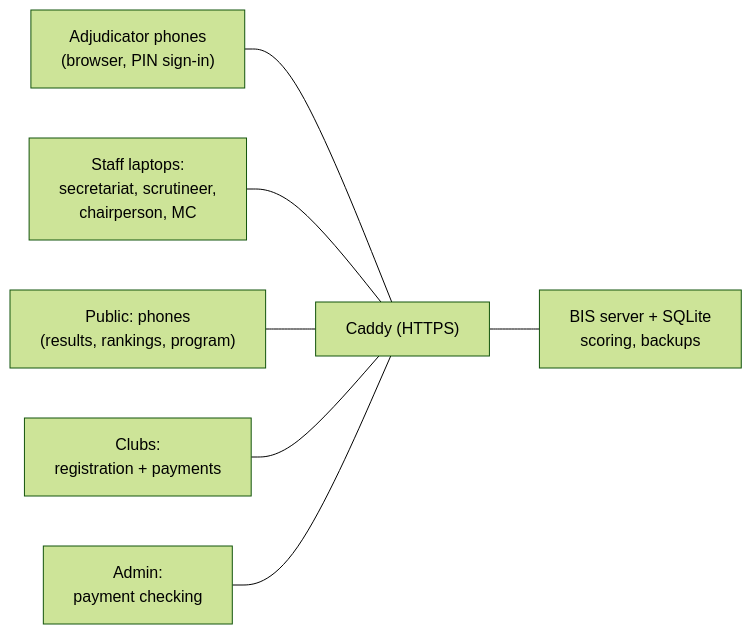
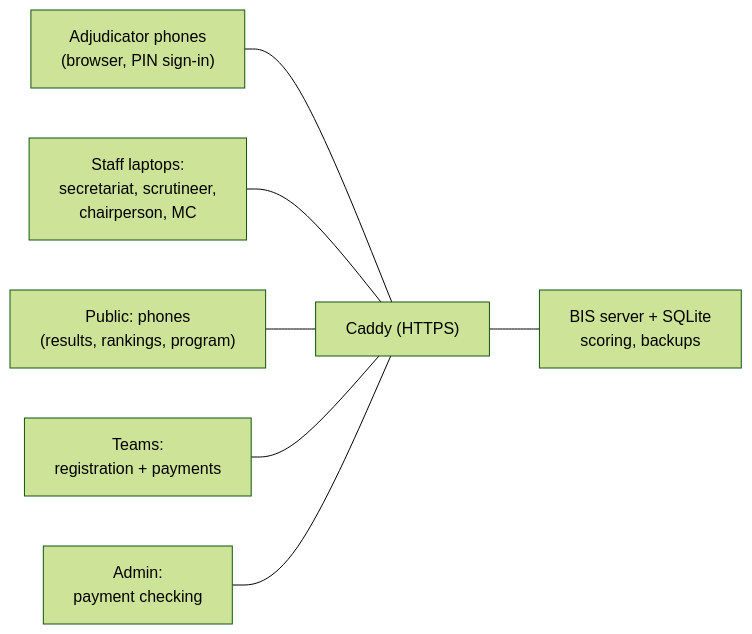
Before and after one commit to tuf-fi/Scrutineering-Dancesport-System: the first of 2 diagrams in BUILD_README.md, drawn with Mermaid (forest theme). The commit also changed other lines of this file and 105 other files, not shown here.

Commit message:
Rename clubs to teams across the app, docs and database

````diff
--- a/BUILD_README.md
+++ b/BUILD_README.md
@@ -30,16 +30,16 @@
 ```mermaid
 flowchart LR
   P["Adjudicator phones<br/>(browser, PIN sign-in)"]
   L["Staff laptops:<br/>secretariat, scrutineer,<br/>chairperson, MC"]
   S["Public: phones<br/>(results, rankings, program)"]
-  G["Clubs:<br/>registration + payments"]
+  G["Teams:<br/>registration + payments"]
   A["Admin:<br/>payment checking"]
   C["Caddy (HTTPS)"]
   B["BIS server + SQLite<br/>scoring, backups"]
   P --- C
   L --- C
   S --- C
   G --- C
   A --- C
   C --- B
 ```
````
